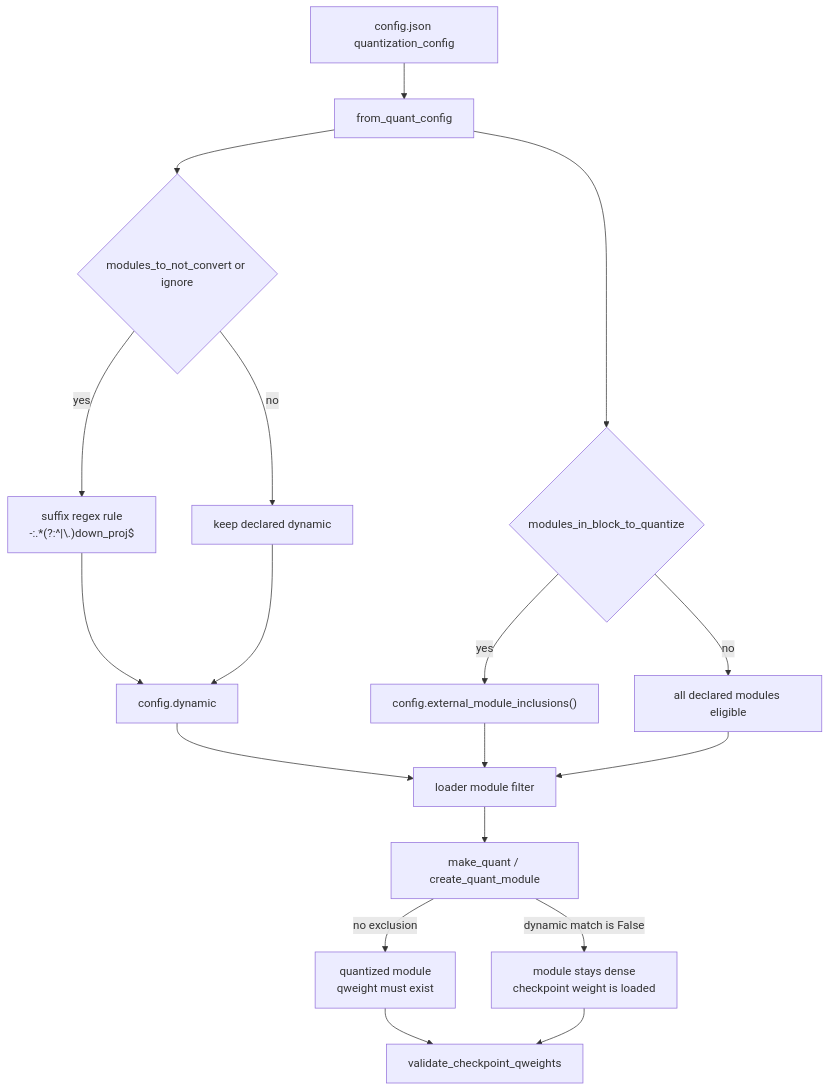
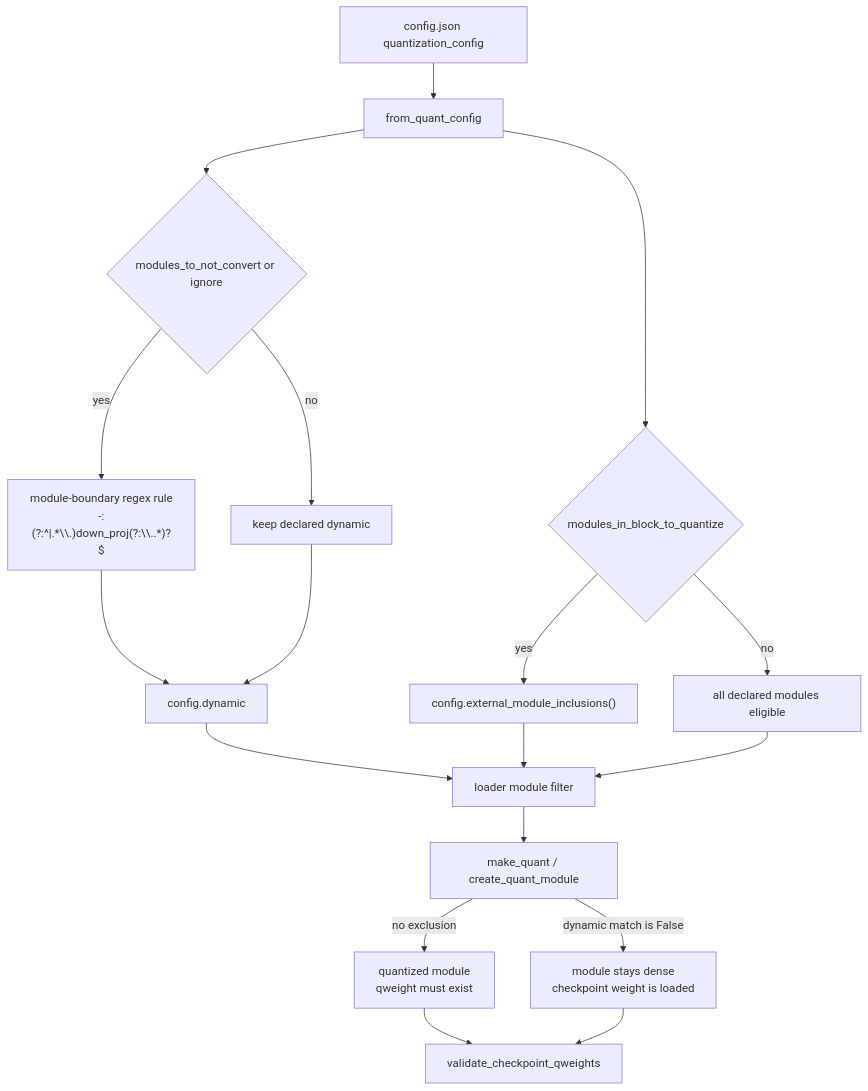
Before and after one commit to ModelCloud/GPTQModel: the first of 14 diagrams in docs/checkpoint-interop.md, drawn with Mermaid. The commit also changed other lines of this file and 2 other files, not shown here.

Commit message:
fix: translate producer exclusions at module boundaries (#4196)

````diff
--- a/docs/checkpoint-interop.md
+++ b/docs/checkpoint-interop.md
@@ -35,20 +35,20 @@
 ```mermaid
 flowchart TD
     A["config.json quantization_config"] --> B["from_quant_config"]
     B --> C{"modules_to_not_convert or ignore"}
-    C -- yes --> D["suffix regex rule<br/>-:.*(?:^|\.)down_proj$"]
+    C -- yes --> D["module-boundary regex rule<br/>-:(?:^|.*\\.)down_proj(?:\\..*)?$"]
     C -- no --> E["keep declared dynamic"]
     D --> F["config.dynamic"]
     E --> F
     B --> G{"modules_in_block_to_quantize"}
     G -- yes --> H["config.external_module_inclusions()"]
     G -- no --> I["all declared modules eligible"]
     F --> J["loader module filter"]
     H --> J
     I --> J
     J --> K["make_quant / create_quant_module"]
     K -- "dynamic match is False" --> L["module stays dense<br/>checkpoint weight is loaded"]
     K -- "no exclusion" --> M["quantized module<br/>qweight must exist"]
     M --> N["validate_checkpoint_qweights"]
     L --> N
 ```
````
